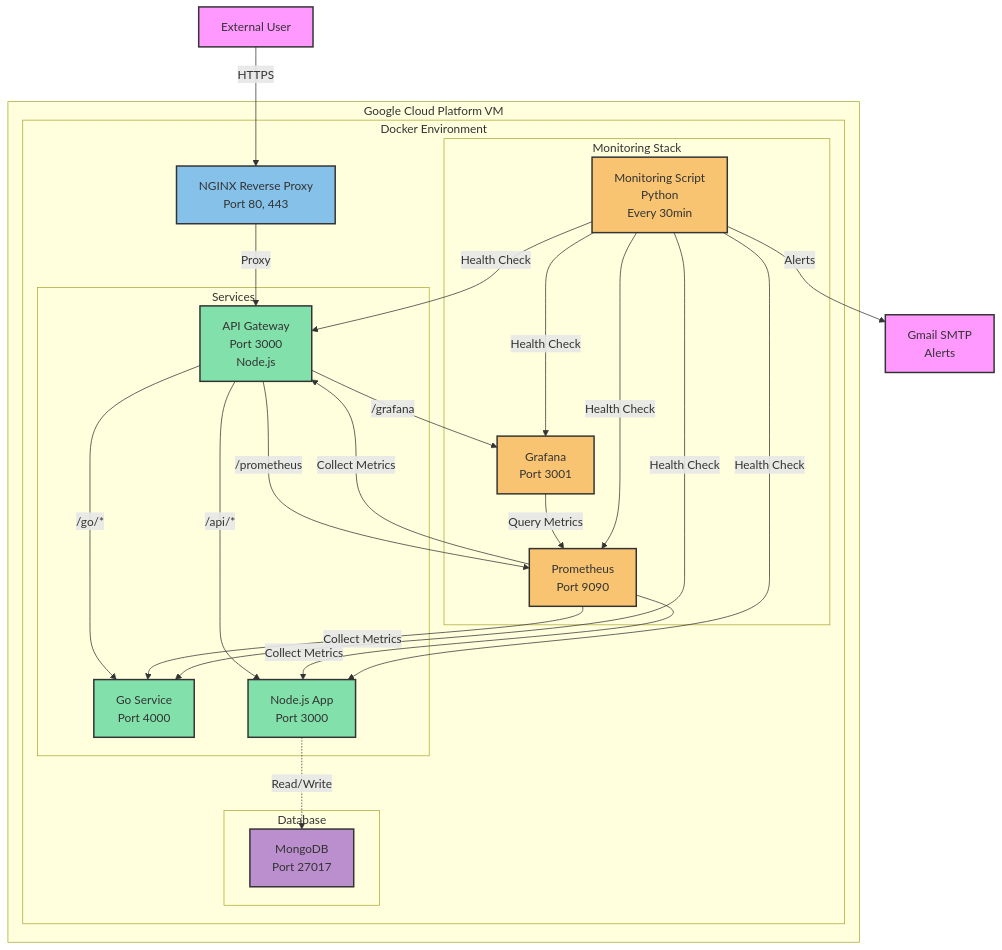
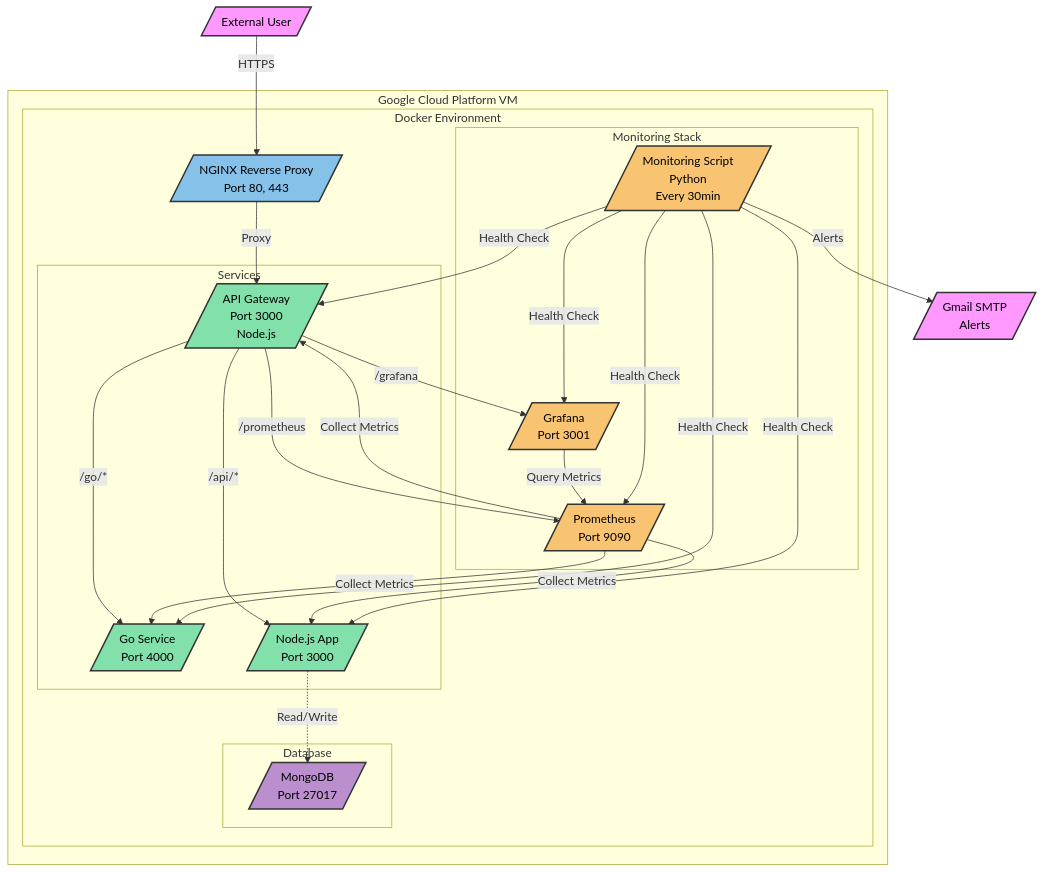
The diagram in architecture.md (sluggerboiii/Demo-Devops), drawn with Mermaid before and after one commit.

````diff
--- a/architecture.md
+++ b/architecture.md
@@ -1,65 +1,65 @@
 ```mermaid
 graph TB
     subgraph "Google Cloud Platform VM"
         subgraph "Docker Environment"
-            NGINX[NGINX Reverse Proxy<br/>Port 80, 443]
+            NGINX[/NGINX Reverse Proxy<br/>Port 80, 443/]
             
             subgraph "Services"
-                API[API Gateway<br/>Port 3000<br/>Node.js]
-                GO[Go Service<br/>Port 4000]
-                NODE[Node.js App<br/>Port 3000]
+                API[/API Gateway<br/>Port 3000<br/>Node.js/]
+                GO[/Go Service<br/>Port 4000/]
+                NODE[/Node.js App<br/>Port 3000/]
             end
             
             subgraph "Monitoring Stack"
-                GRAF[Grafana<br/>Port 3001]
-                PROM[Prometheus<br/>Port 9090]
-                MON[Monitoring Script<br/>Python<br/>Every 30min]
+                GRAF[/Grafana<br/>Port 3001/]
+                PROM[/Prometheus<br/>Port 9090/]
+                MON[/Monitoring Script<br/>Python<br/>Every 30min/]
             end
             
             subgraph "Database"
-                MONGO[MongoDB<br/>Port 27017]
+                MONGO[/MongoDB<br/>Port 27017/]
             end
         end
     end
     
-    USER[External User]
-    EMAIL[Gmail SMTP<br/>Alerts]
+    USER[/External User/]
+    EMAIL[/Gmail SMTP<br/>Alerts/]
     
     %% External connections
     USER -->|HTTPS| NGINX
     MON -->|Alerts| EMAIL
     
     %% Internal routing
     NGINX -->|Proxy| API
     API -->|/go/*| GO
     API -->|/api/*| NODE
     API -->|/grafana| GRAF
     API -->|/prometheus| PROM
     
     %% Monitoring connections
     PROM -->|Collect Metrics| API
     PROM -->|Collect Metrics| GO
     PROM -->|Collect Metrics| NODE
     GRAF -->|Query Metrics| PROM
     MON -->|Health Check| API
     MON -->|Health Check| GO
     MON -->|Health Check| NODE
     MON -->|Health Check| GRAF
     MON -->|Health Check| PROM
     
     %% Database connections
     NODE -.->|Read/Write| MONGO
     
     %% Styling
-    classDef external fill:#f9f,stroke:#333,stroke-width:2px
-    classDef proxy fill:#85C1E9,stroke:#333,stroke-width:2px
-    classDef service fill:#82E0AA,stroke:#333,stroke-width:2px
-    classDef monitoring fill:#F8C471,stroke:#333,stroke-width:2px
-    classDef database fill:#BB8FCE,stroke:#333,stroke-width:2px
+    classDef external fill:#f9f,stroke:#333,stroke-width:2px,color:#000
+    classDef proxy fill:#85C1E9,stroke:#333,stroke-width:2px,color:#000
+    classDef service fill:#82E0AA,stroke:#333,stroke-width:2px,color:#000
+    classDef monitoring fill:#F8C471,stroke:#333,stroke-width:2px,color:#000
+    classDef database fill:#BB8FCE,stroke:#333,stroke-width:2px,color:#000
     
     class USER,EMAIL external
     class NGINX proxy
     class API,GO,NODE service
     class GRAF,PROM,MON monitoring
     class MONGO database
 ```
````
